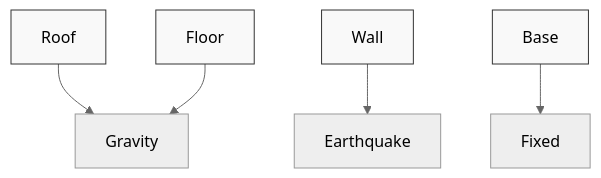
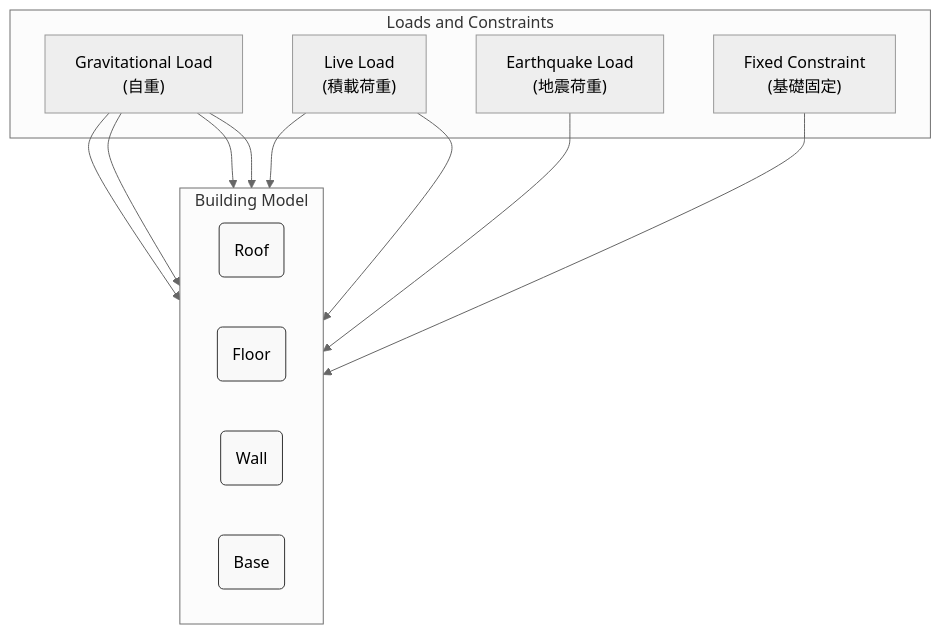
One commit to jkushida/ai-arch changed the second of 2 diagrams in docs/generate_building_fem_analyze_report_revised.md. Above: the diagram before and after it, drawn with Mermaid (neutral theme). The commit also changed other lines of this file and 3 other files, not shown here.

First line of the commit message:
Restore full Mermaid diagrams with proper initialization 🎨

````diff
--- a/docs/generate_building_fem_analyze_report_revised.md
+++ b/docs/generate_building_fem_analyze_report_revised.md
@@ -59,12 +73,31 @@
     ```mermaid
     graph TD
-        R[Roof] --> G[Gravity]
-        F[Floor] --> G
-        W[Wall] --> E[Earthquake]
-        B[Base] --> Fix[Fixed]
-        
+        subgraph Building Model
+            direction LR
+            R(Roof)
+            F(Floor)
+            W(Wall)
+            B(Base)
+        end
+
+        subgraph "Loads and Constraints"
+            G["Gravitational Load<br/>(自重)"]
+            L["Live Load<br/>(積載荷重)"]
+            E["Earthquake Load<br/>(地震荷重)"]
+            Fix["Fixed Constraint<br/>(基礎固定)"]
+        end
+
+        G --> R
+        G --> F
+        G --> W
+        G --> B
+        L --> R
+        L --> F
+        E --> W
+        Fix --> B
+
         style R fill:#f9f9f9,stroke:#333
         style F fill:#f9f9f9,stroke:#333
         style W fill:#f9f9f9,stroke:#333
         style B fill:#f9f9f9,stroke:#333
     ```
````
